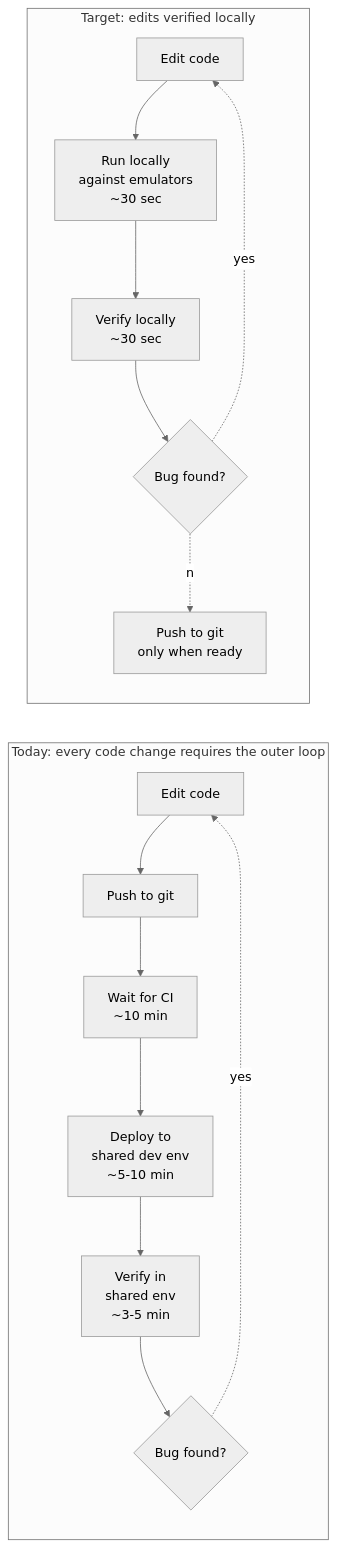
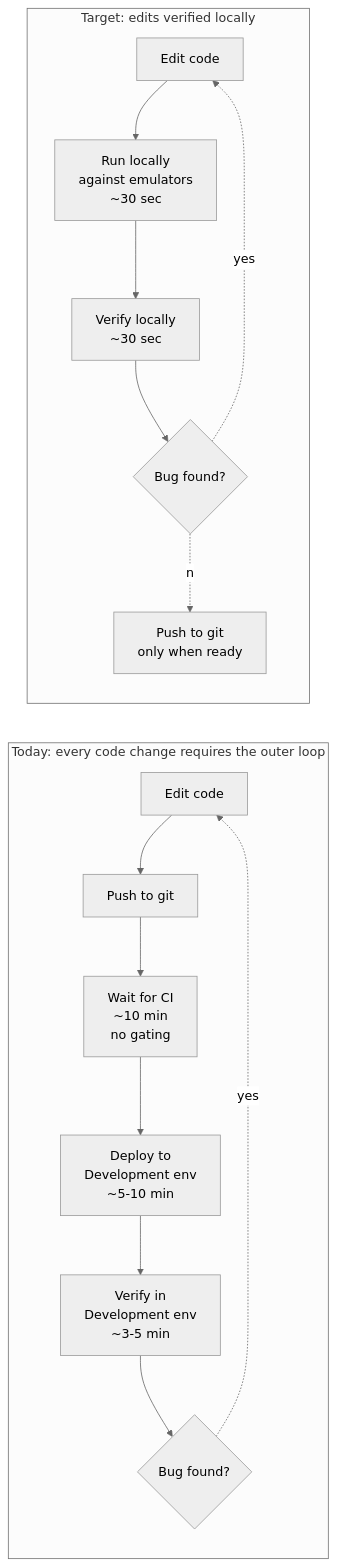
Before and after one commit to kg349/local-dev-roi-business-case: the diagram in business-case.md, drawn with Mermaid (neutral theme). The commit also changed other lines of this file and 11 other files, not shown here.

````diff
--- a/business-case.md
+++ b/business-case.md
@@ -29,19 +31,19 @@
 ```mermaid
 flowchart LR
     subgraph today [Today: every code change requires the outer loop]
       Edit1[Edit code] --> Push1[Push to git]
-      Push1 --> CI1[Wait for CI<br/>~10 min]
-      CI1 --> Deploy1[Deploy to<br/>shared dev env<br/>~5-10 min]
-      Deploy1 --> Verify1[Verify in<br/>shared env<br/>~3-5 min]
+      Push1 --> CI1[Wait for CI<br/>~10 min<br/>no gating]
+      CI1 --> Deploy1[Deploy to<br/>Development env<br/>~5-10 min]
+      Deploy1 --> Verify1[Verify in<br/>Development env<br/>~3-5 min]
       Verify1 --> Bug1{Bug found?}
       Bug1 -.yes.-> Edit1
     end
 
     subgraph target [Target: edits verified locally]
       Edit2[Edit code] --> Run2[Run locally<br/>against emulators<br/>~30 sec]
       Run2 --> Verify2[Verify locally<br/>~30 sec]
       Verify2 --> Bug2{Bug found?}
       Bug2 -.yes.-> Edit2
       Bug2 -.no.-> Push2[Push to git<br/>only when ready]
     end
 ```
````
